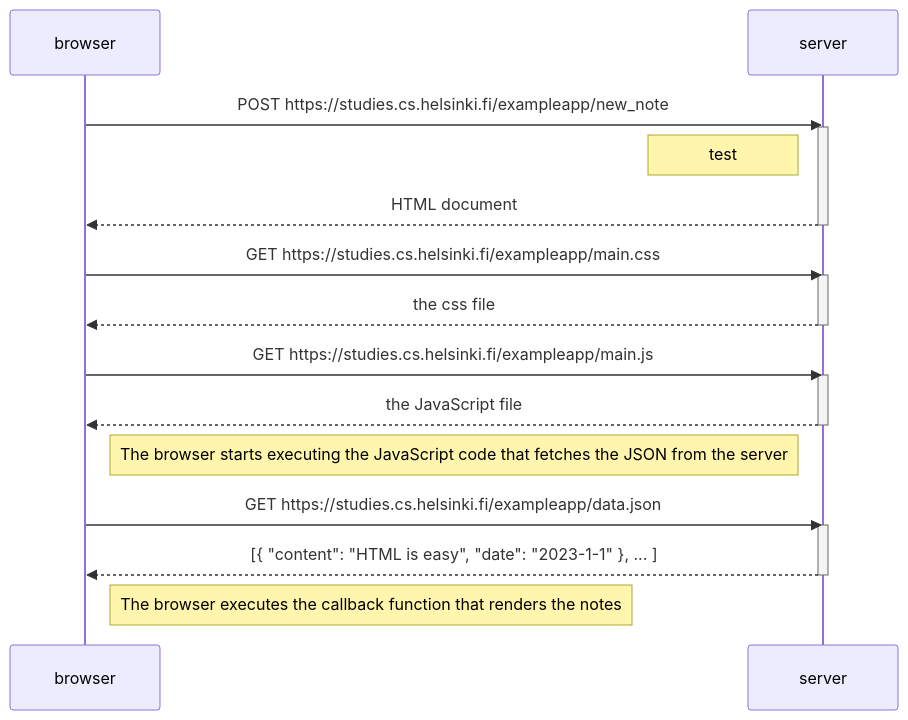
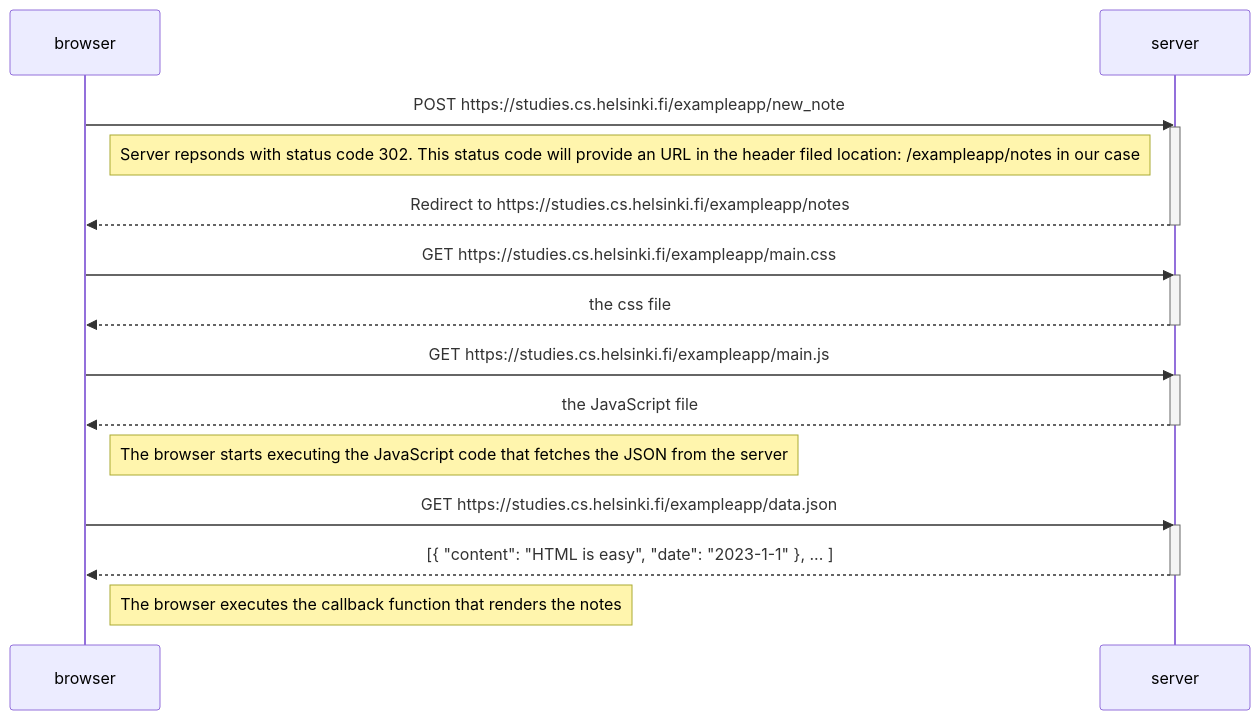
The diagram in part0/04/new_note_diagram.md (KaomN/full_stack_open), drawn with Mermaid before and after one commit.

````diff
--- a/part0/04/new_note_diagram.md
+++ b/part0/04/new_note_diagram.md
@@ -1,30 +1,30 @@
 ```mermaid
 sequenceDiagram
 	participant browser
 	participant server
 	
 	browser->>server: POST https://studies.cs.helsinki.fi/exampleapp/new_note
 	activate server
-	Note left of server: test
-	server-->>browser: HTML document
+	Note left of server: Server repsonds with status code 302. This status code will provide an URL in the header filed location: /exampleapp/notes in our case
+	server-->>browser: Redirect to https://studies.cs.helsinki.fi/exampleapp/notes
 	deactivate server
 	
 	browser->>server: GET https://studies.cs.helsinki.fi/exampleapp/main.css
 	activate server
 	server-->>browser: the css file
 	deactivate server
 	
 	browser->>server: GET https://studies.cs.helsinki.fi/exampleapp/main.js
 	activate server
 	server-->>browser: the JavaScript file
 	deactivate server
 	
 	Note right of browser: The browser starts executing the JavaScript code that fetches the JSON from the server
 	
 	browser->>server: GET https://studies.cs.helsinki.fi/exampleapp/data.json
 	activate server
 	server-->>browser: [{ "content": "HTML is easy", "date": "2023-1-1" }, ... ]
 	deactivate server    
 
 	Note right of browser: The browser executes the callback function that renders the notes 
 ```
````
